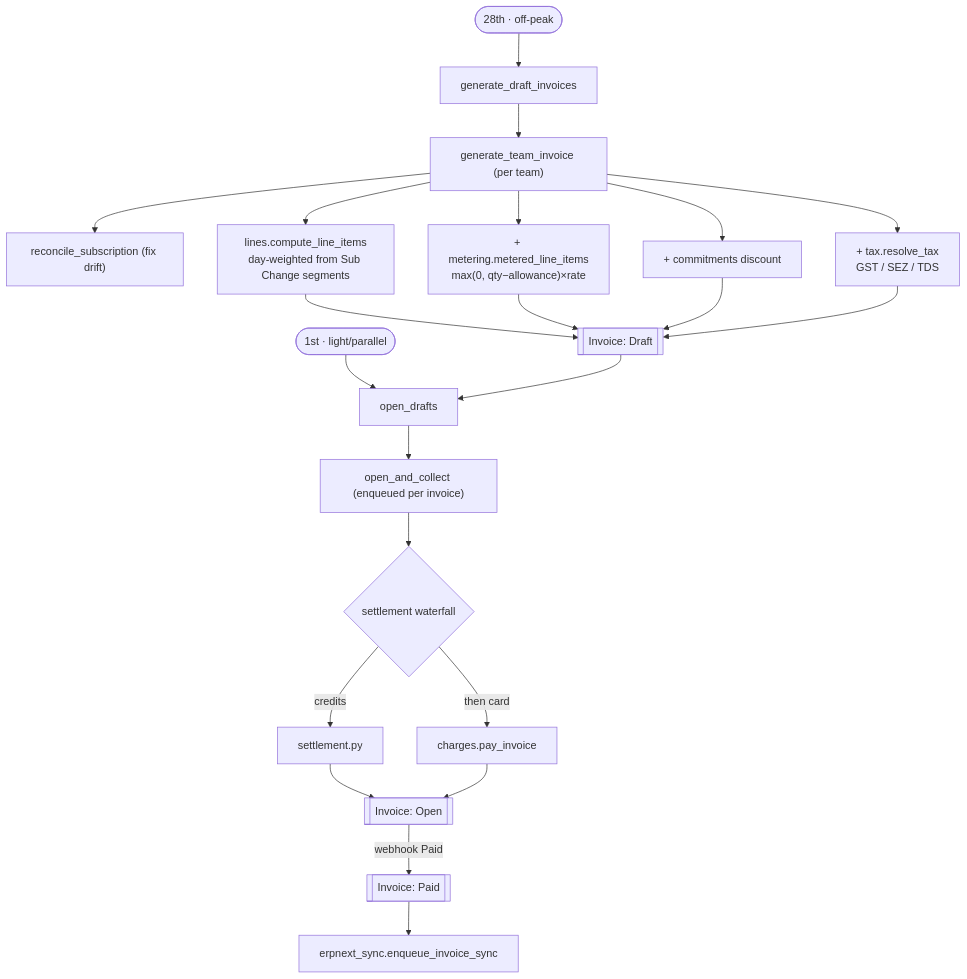
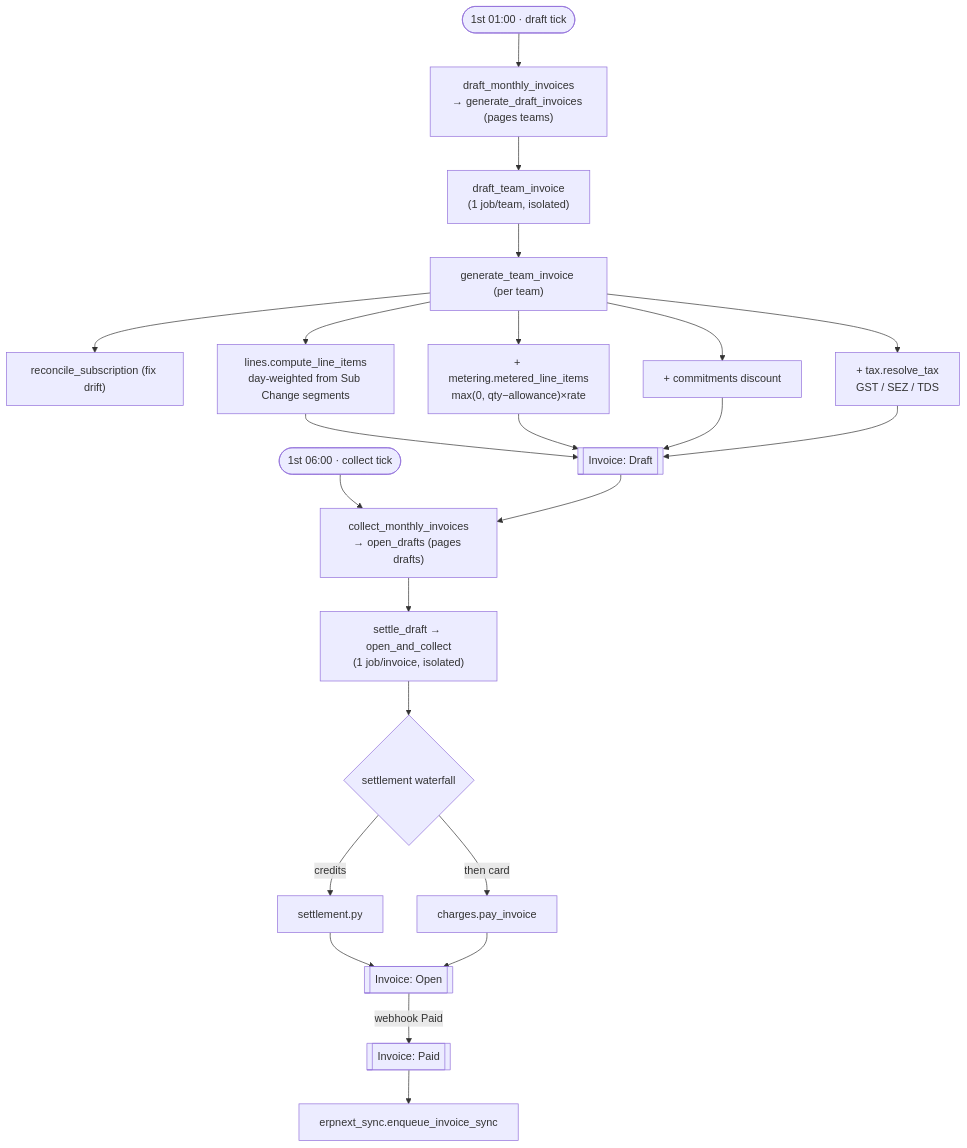
The fifth of 8 diagrams in central/billing/ARCHITECTURE.md (frappe/central), drawn with Mermaid before and after one commit. The commit also changed other lines of this file and 1 other file, not shown here.

Commit message:
docs: the monthly run is two ticks and a worker pool

````diff
--- a/central/billing/ARCHITECTURE.md
+++ b/central/billing/ARCHITECTURE.md
@@ -249,21 +272,22 @@
 ```mermaid
 flowchart TD
-    S28(["28th · off-peak"]) --> GDI["generate_draft_invoices"]
-    GDI --> GTI["generate_team_invoice (per team)"]
+    DRAFTTICK(["1st 01:00 · draft tick"]) --> GDI["draft_monthly_invoices<br/>→ generate_draft_invoices (pages teams)"]
+    GDI --> DTI["draft_team_invoice<br/>(1 job/team, isolated)"]
+    DTI --> GTI["generate_team_invoice (per team)"]
     GTI --> RS["reconcile_subscription (fix drift)"]
     GTI --> LINES["lines.compute_line_items<br/>day-weighted from Sub Change segments"]
     GTI --> MET["+ metering.metered_line_items<br/>max(0, qty−allowance)×rate"]
     GTI --> DISC["+ commitments discount"]
     GTI --> TAX["+ tax.resolve_tax<br/>GST / SEZ / TDS"]
     LINES & MET & DISC & TAX --> DRAFT[["Invoice: Draft"]]
 
-    S1(["1st · light/parallel"]) --> OD["open_drafts"]
+    COLLECTTICK(["1st 06:00 · collect tick"]) --> OD["collect_monthly_invoices<br/>→ open_drafts (pages drafts)"]
     DRAFT --> OD
-    OD --> OAC["open_and_collect (enqueued per invoice)"]
+    OD --> OAC["settle_draft → open_and_collect<br/>(1 job/invoice, isolated)"]
     OAC --> WF{"settlement waterfall"}
     WF -->|credits| CR["settlement.py"]
     WF -->|then card| CARD["charges.pay_invoice"]
     CR & CARD --> OPEN[["Invoice: Open"]]
     OPEN -->|webhook Paid| PAID[["Invoice: Paid"]]
     PAID --> SYNC["erpnext_sync.enqueue_invoice_sync"]
 ```
````
